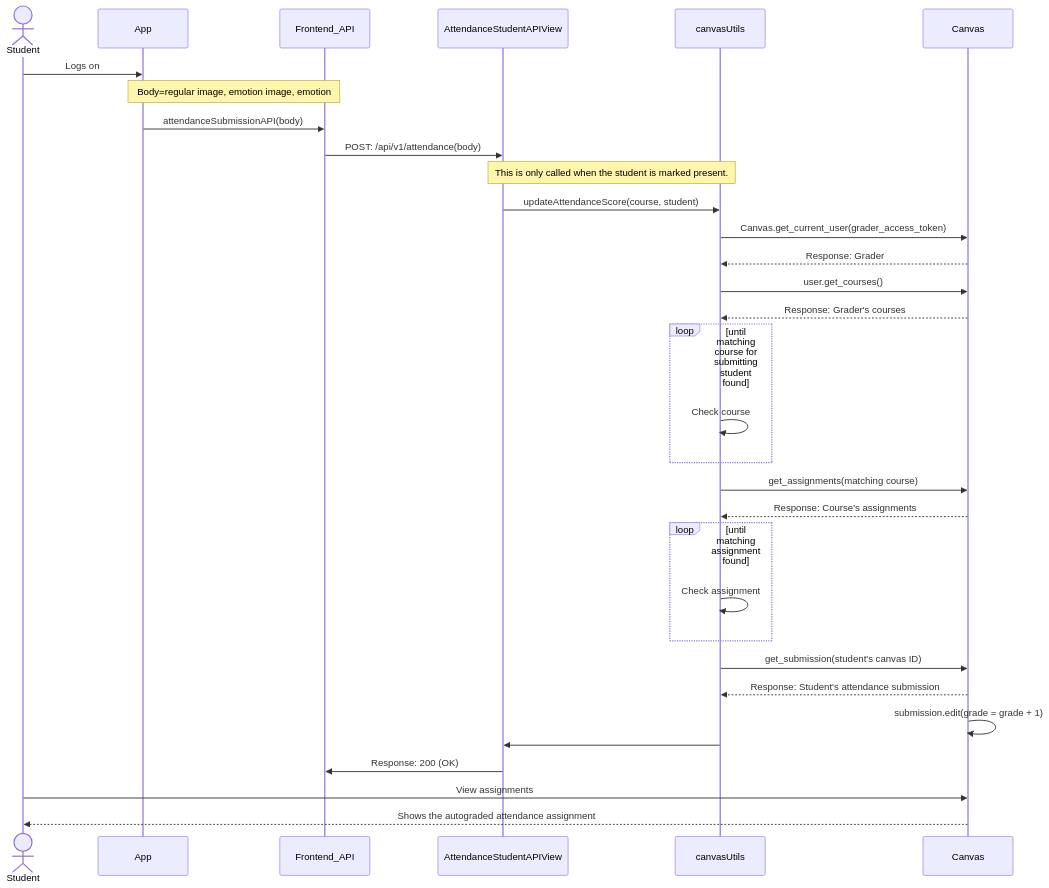
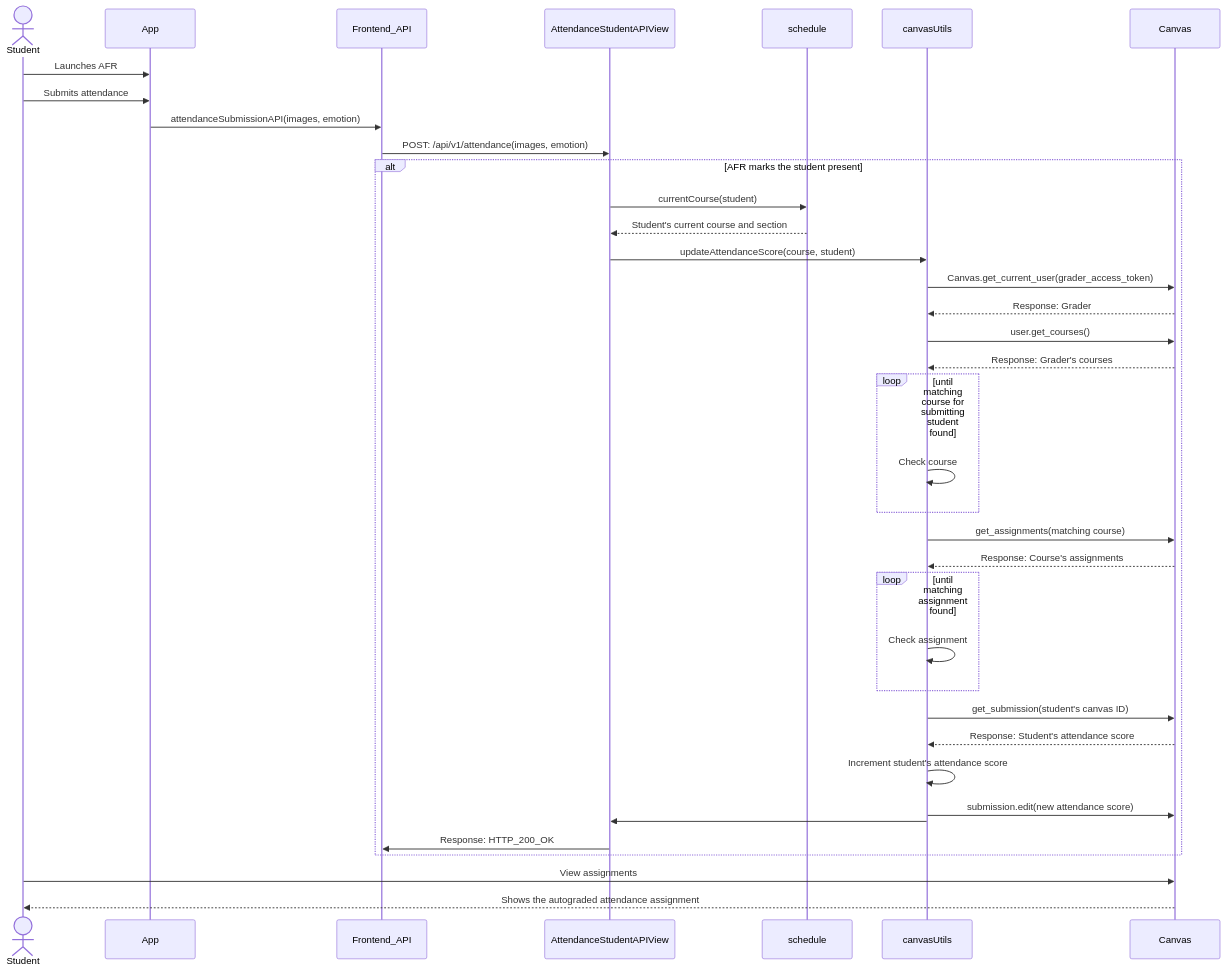
Before and after one commit to Capstone-Projects-2022-Fall/project-attendance-face-recognition: the third of 3 diagrams in documentation/docs/system-architecture/design.md, drawn with Mermaid. The commit also changed other lines of this file, not shown here.

Commit message:
Update design.md to improve Canvas auto-grade sequence diagrams

````diff
--- a/documentation/docs/system-architecture/design.md
+++ b/documentation/docs/system-architecture/design.md
@@ -277,34 +284,39 @@
 ```mermaid
 sequenceDiagram
   actor Student
   participant App
   participant Frontend_API
   participant AttendanceStudentAPIView
+  participant schedule
   participant canvasUtils
   participant Canvas
-  Student->>App: Logs on
-  Note over App,Frontend_API: Body=regular image, emotion image, emotion
-  App->>Frontend_API: attendanceSubmissionAPI(body)
-  Frontend_API->>AttendanceStudentAPIView: POST: /api/v1/attendance(body)
-  Note over AttendanceStudentAPIView,canvasUtils: This is only called when the student is marked present.
-  AttendanceStudentAPIView->>canvasUtils: updateAttendanceScore(course, student)
-  canvasUtils->>Canvas: Canvas.get_current_user(grader_access_token)
-  Canvas-->>canvasUtils: Response: Grader
-  canvasUtils->>Canvas: user.get_courses()
-  Canvas-->>canvasUtils: Response: Grader's courses
-  loop until matching course for submitting student found
-    canvasUtils->>canvasUtils: Check course
+  Student->>App: Launches AFR
+  Student->>App: Submits attendance
+  App->>Frontend_API: attendanceSubmissionAPI(images, emotion)
+  Frontend_API->>AttendanceStudentAPIView: POST: /api/v1/attendance(images, emotion)
+  alt AFR marks the student present
+    AttendanceStudentAPIView->>schedule: currentCourse(student)
+    schedule-->>AttendanceStudentAPIView: Student's current course and section
+    AttendanceStudentAPIView->>canvasUtils: updateAttendanceScore(course, student)
+    canvasUtils->>Canvas: Canvas.get_current_user(grader_access_token)
+    Canvas-->>canvasUtils: Response: Grader
+    canvasUtils->>Canvas: user.get_courses()
+    Canvas-->>canvasUtils: Response: Grader's courses
+    loop until matching course for submitting student found
+      canvasUtils->>canvasUtils: Check course
+    end
+    canvasUtils->>Canvas: get_assignments(matching course)
+    Canvas-->>canvasUtils: Response: Course's assignments
+    loop until matching assignment found
+      canvasUtils->>canvasUtils: Check assignment
+    end
+    canvasUtils->>Canvas: get_submission(student's canvas ID)
+    Canvas-->>canvasUtils: Response: Student's attendance score
+    canvasUtils->>canvasUtils: Increment student's attendance score
+    canvasUtils->>Canvas: submission.edit(new attendance score)
+    canvasUtils->>AttendanceStudentAPIView: 
+    AttendanceStudentAPIView->>Frontend_API: Response: HTTP_200_OK
   end
-  canvasUtils->>Canvas: get_assignments(matching course)
-  Canvas-->>canvasUtils: Response: Course's assignments
-  loop until matching assignment found
-    canvasUtils->>canvasUtils: Check assignment
-  end
-  canvasUtils->>Canvas: get_submission(student's canvas ID)
-  Canvas-->>canvasUtils: Response: Student's attendance submission
-  Canvas->>Canvas: submission.edit(grade = grade + 1)
-  canvasUtils->>AttendanceStudentAPIView: 
-  AttendanceStudentAPIView->>Frontend_API: Response: 200 (OK)
   Student->>Canvas: View assignments
   Canvas-->>Student: Shows the autograded attendance assignment
 ```
````
